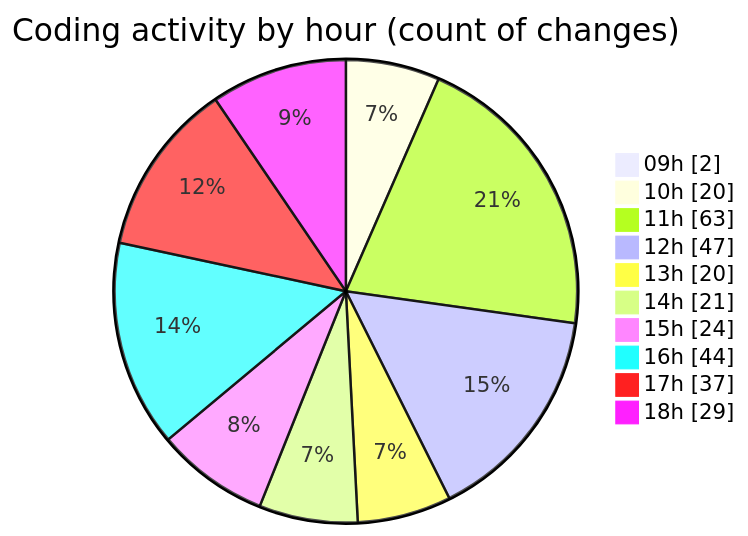
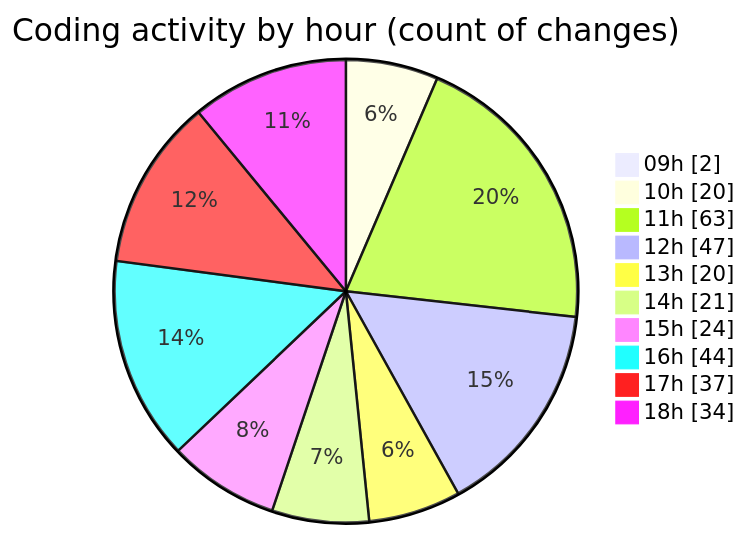
The second of 2 diagrams in 2025-04-08/cda/README.md (momahboobian/code-tracking), drawn with Mermaid before and after one commit. The commit also changed other lines of this file and 1 other file, not shown here.

````diff
--- a/2025-04-08/cda/README.md
+++ b/2025-04-08/cda/README.md
@@ -46,14 +46,14 @@
 ```mermaid
 pie showData
 title Coding activity by hour (count of changes)
 "09h" : 2
 "10h" : 20
 "11h" : 63
 "12h" : 47
 "13h" : 20
 "14h" : 21
 "15h" : 24
 "16h" : 44
 "17h" : 37
-"18h" : 29
+"18h" : 34
 ```
````
